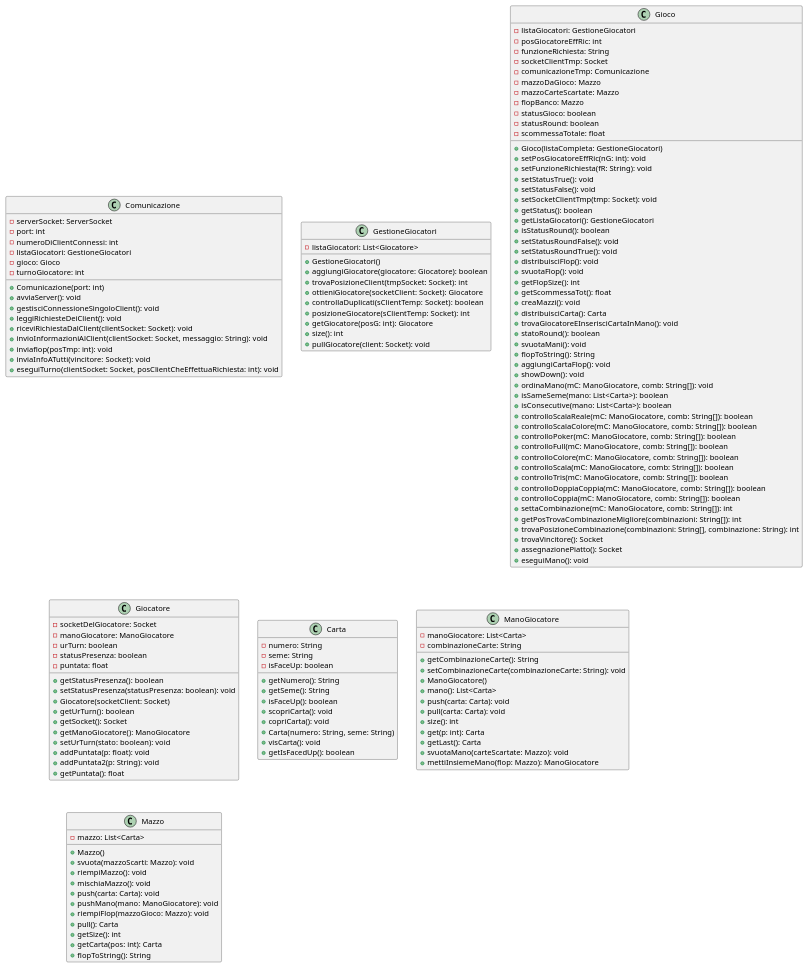
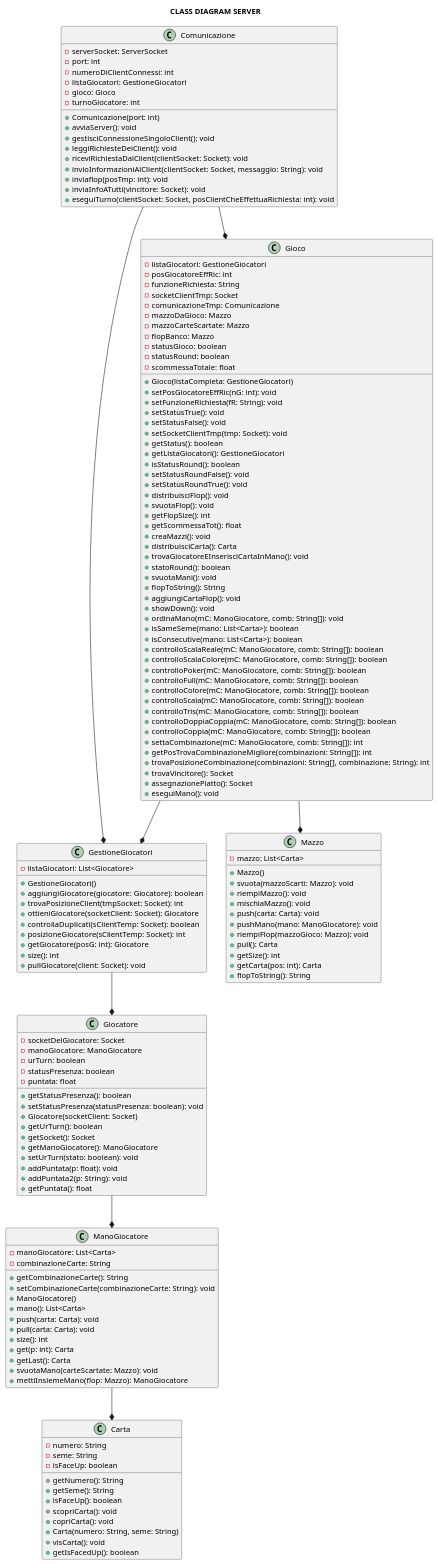
The diagram in server/docs/puml/CLASS_DIAGRAM.puml (LorenzoVacalebre/Progetto-Poker), drawn with PlantUML before and after one commit. The commit also changed 11 other files, not shown here.

```diff
--- a/server/docs/puml/CLASS_DIAGRAM.puml
+++ b/server/docs/puml/CLASS_DIAGRAM.puml
@@ -1,160 +1,169 @@
-@startuml
+@startuml CLASS_DIAGRAM_SERVER
+
+title CLASS DIAGRAM SERVER
 
 class Comunicazione {
-    - serverSocket: ServerSocket
-    - port: int
-    - numeroDiClientConnessi: int
-    - listaGiocatori: GestioneGiocatori
-    - gioco: Gioco
-    - turnoGiocatore: int
+  - serverSocket: ServerSocket
+  - port: int
+  - numeroDiClientConnessi: int
+  - listaGiocatori: GestioneGiocatori
+  - gioco: Gioco
+  - turnoGiocatore: int
 
-    + Comunicazione(port: int)
-    + avviaServer(): void
-    + gestisciConnessioneSingoloClient(): void
-    + leggiRichiesteDeiClient(): void
-    + riceviRichiestaDalClient(clientSocket: Socket): void
-    + invioInformazioniAlClient(clientSocket: Socket, messaggio: String): void
-    + inviaflop(posTmp: int): void
-    + inviaInfoATutti(vincitore: Socket): void
-    + eseguiTurno(clientSocket: Socket, posClientCheEffettuaRichiesta: int): void
+  + Comunicazione(port: int)
+  + avviaServer(): void
+  + gestisciConnessioneSingoloClient(): void
+  + leggiRichiesteDeiClient(): void
+  + riceviRichiestaDalClient(clientSocket: Socket): void
+  + invioInformazioniAlClient(clientSocket: Socket, messaggio: String): void
+  + inviaflop(posTmp: int): void
+  + inviaInfoATutti(vincitore: Socket): void
+  + eseguiTurno(clientSocket: Socket, posClientCheEffettuaRichiesta: int): void
 }
 
 class GestioneGiocatori {
-    - listaGiocatori: List<Giocatore>
+  - listaGiocatori: List<Giocatore>
 
-    + GestioneGiocatori()
-    + aggiungiGiocatore(giocatore: Giocatore): boolean
-    + trovaPosizioneClient(tmpSocket: Socket): int
-    + ottieniGiocatore(socketClient: Socket): Giocatore
-    + controllaDuplicati(sClientTemp: Socket): boolean
-    + posizioneGiocatore(sClientTemp: Socket): int
-    + getGiocatore(posG: int): Giocatore
-    + size(): int
-    + pullGiocatore(client: Socket): void
+  + GestioneGiocatori()
+  + aggiungiGiocatore(giocatore: Giocatore): boolean
+  + trovaPosizioneClient(tmpSocket: Socket): int
+  + ottieniGiocatore(socketClient: Socket): Giocatore
+  + controllaDuplicati(sClientTemp: Socket): boolean
+  + posizioneGiocatore(sClientTemp: Socket): int
+  + getGiocatore(posG: int): Giocatore
+  + size(): int
+  + pullGiocatore(client: Socket): void
 }
 
+class Gioco {
+  - listaGiocatori: GestioneGiocatori
+  - posGiocatoreEffRic: int
+  - funzioneRichiesta: String
+  - socketClientTmp: Socket
+  - comunicazioneTmp: Comunicazione
+  - mazzoDaGioco: Mazzo
+  - mazzoCarteScartate: Mazzo
+  - flopBanco: Mazzo
+  - statusGioco: boolean
+  - statusRound: boolean
+  - scommessaTotale: float
 
-class Gioco {
-    - listaGiocatori: GestioneGiocatori
-    - posGiocatoreEffRic: int
-    - funzioneRichiesta: String
-    - socketClientTmp: Socket
-    - comunicazioneTmp: Comunicazione
-    - mazzoDaGioco: Mazzo
-    - mazzoCarteScartate: Mazzo
-    - flopBanco: Mazzo
-    - statusGioco: boolean
-    - statusRound: boolean
-    - scommessaTotale: float
-
-    + Gioco(listaCompleta: GestioneGiocatori)
-    + setPosGiocatoreEffRic(nG: int): void
-    + setFunzioneRichiesta(fR: String): void
-    + setStatusTrue(): void
-    + setStatusFalse(): void
-    + setSocketClientTmp(tmp: Socket): void
-    + getStatus(): boolean
-    + getListaGiocatori(): GestioneGiocatori
-    + isStatusRound(): boolean
-    + setStatusRoundFalse(): void
-    + setStatusRoundTrue(): void
-    + distribuisciFlop(): void
-    + svuotaFlop(): void
-    + getFlopSize(): int
-    + getScommessaTot(): float
-    + creaMazzi(): void
-    + distribuisciCarta(): Carta
-    + trovaGiocatoreEInserisciCartaInMano(): void
-    + statoRound(): boolean
-    + svuotaMani(): void
-    + flopToString(): String
-    + aggiungiCartaFlop(): void
-    + showDown(): void
-    + ordinaMano(mC: ManoGiocatore, comb: String[]): void
-    + isSameSeme(mano: List<Carta>): boolean
-    + isConsecutive(mano: List<Carta>): boolean
-    + controlloScalaReale(mC: ManoGiocatore, comb: String[]): boolean
-    + controlloScalaColore(mC: ManoGiocatore, comb: String[]): boolean
-    + controlloPoker(mC: ManoGiocatore, comb: String[]): boolean
-    + controlloFull(mC: ManoGiocatore, comb: String[]): boolean
-    + controlloColore(mC: ManoGiocatore, comb: String[]): boolean
-    + controlloScala(mC: ManoGiocatore, comb: String[]): boolean
-    + controlloTris(mC: ManoGiocatore, comb: String[]): boolean
-    + controlloDoppiaCoppia(mC: ManoGiocatore, comb: String[]): boolean
-    + controlloCoppia(mC: ManoGiocatore, comb: String[]): boolean
-    + settaCombinazione(mC: ManoGiocatore, comb: String[]): int
-    + getPosTrovaCombinazioneMigliore(combinazioni: String[]): int
-    + trovaPosizioneCombinazione(combinazioni: String[], combinazione: String): int
-    + trovaVincitore(): Socket
-    + assegnazionePiatto(): Socket
-    + eseguiMano(): void
+  + Gioco(listaCompleta: GestioneGiocatori)
+  + setPosGiocatoreEffRic(nG: int): void
+  + setFunzioneRichiesta(fR: String): void
+  + setStatusTrue(): void
+  + setStatusFalse(): void
+  + setSocketClientTmp(tmp: Socket): void
+  + getStatus(): boolean
+  + getListaGiocatori(): GestioneGiocatori
+  + isStatusRound(): boolean
+  + setStatusRoundFalse(): void
+  + setStatusRoundTrue(): void
+  + distribuisciFlop(): void
+  + svuotaFlop(): void
+  + getFlopSize(): int
+  + getScommessaTot(): float
+  + creaMazzi(): void
+  + distribuisciCarta(): Carta
+  + trovaGiocatoreEInserisciCartaInMano(): void
+  + statoRound(): boolean
+  + svuotaMani(): void
+  + flopToString(): String
+  + aggiungiCartaFlop(): void
+  + showDown(): void
+  + ordinaMano(mC: ManoGiocatore, comb: String[]): void
+  + isSameSeme(mano: List<Carta>): boolean
+  + isConsecutive(mano: List<Carta>): boolean
+  + controlloScalaReale(mC: ManoGiocatore, comb: String[]): boolean
+  + controlloScalaColore(mC: ManoGiocatore, comb: String[]): boolean
+  + controlloPoker(mC: ManoGiocatore, comb: String[]): boolean
+  + controlloFull(mC: ManoGiocatore, comb: String[]): boolean
+  + controlloColore(mC: ManoGiocatore, comb: String[]): boolean
+  + controlloScala(mC: ManoGiocatore, comb: String[]): boolean
+  + controlloTris(mC: ManoGiocatore, comb: String[]): boolean
+  + controlloDoppiaCoppia(mC: ManoGiocatore, comb: String[]): boolean
+  + controlloCoppia(mC: ManoGiocatore, comb: String[]): boolean
+  + settaCombinazione(mC: ManoGiocatore, comb: String[]): int
+  + getPosTrovaCombinazioneMigliore(combinazioni: String[]): int
+  + trovaPosizioneCombinazione(combinazioni: String[], combinazione: String): int
+  + trovaVincitore(): Socket
+  + assegnazionePiatto(): Socket
+  + eseguiMano(): void
 }
 
 class Giocatore {
-    - socketDelGiocatore: Socket
-    - manoGiocatore: ManoGiocatore
-    - urTurn: boolean
-    - statusPresenza: boolean
-    - puntata: float
+  - socketDelGiocatore: Socket
+  - manoGiocatore: ManoGiocatore
+  - urTurn: boolean
+  - statusPresenza: boolean
+  - puntata: float
 
-    + getStatusPresenza(): boolean
-    + setStatusPresenza(statusPresenza: boolean): void
-    + Giocatore(socketClient: Socket)
-    + getUrTurn(): boolean
-    + getSocket(): Socket
-    + getManoGiocatore(): ManoGiocatore
-    + setUrTurn(stato: boolean): void
-    + addPuntata(p: float): void
-    + addPuntata2(p: String): void
-    + getPuntata(): float
+  + getStatusPresenza(): boolean
+  + setStatusPresenza(statusPresenza: boolean): void
+  + Giocatore(socketClient: Socket)
+  + getUrTurn(): boolean
+  + getSocket(): Socket
+  + getManoGiocatore(): ManoGiocatore
+  + setUrTurn(stato: boolean): void
+  + addPuntata(p: float): void
+  + addPuntata2(p: String): void
+  + getPuntata(): float
 }
 
 class Carta {
-    - numero: String
-    - seme: String
-    - isFaceUp: boolean
+  - numero: String
+  - seme: String
+  - isFaceUp: boolean
 
-    + getNumero(): String
-    + getSeme(): String
-    + isFaceUp(): boolean
-    + scopriCarta(): void
-    + copriCarta(): void
-    + Carta(numero: String, seme: String)
-    + visCarta(): void
-    + getIsFacedUp(): boolean
+  + getNumero(): String
+  + getSeme(): String
+  + isFaceUp(): boolean
+  + scopriCarta(): void
+  + copriCarta(): void
+  + Carta(numero: String, seme: String)
+  + visCarta(): void
+  + getIsFacedUp(): boolean
 }
 
 class ManoGiocatore {
-    - manoGiocatore: List<Carta>
-    - combinazioneCarte: String
+  - manoGiocatore: List<Carta>
+  - combinazioneCarte: String
 
-    + getCombinazioneCarte(): String
-    + setCombinazioneCarte(combinazioneCarte: String): void
-    + ManoGiocatore()
-    + mano(): List<Carta>
-    + push(carta: Carta): void
-    + pull(carta: Carta): void
-    + size(): int
-    + get(p: int): Carta
-    + getLast(): Carta
-    + svuotaMano(carteScartate: Mazzo): void
-    + mettiInsiemeMano(flop: Mazzo): ManoGiocatore
+  + getCombinazioneCarte(): String
+  + setCombinazioneCarte(combinazioneCarte: String): void
+  + ManoGiocatore()
+  + mano(): List<Carta>
+  + push(carta: Carta): void
+  + pull(carta: Carta): void
+  + size(): int
+  + get(p: int): Carta
+  + getLast(): Carta
+  + svuotaMano(carteScartate: Mazzo): void
+  + mettiInsiemeMano(flop: Mazzo): ManoGiocatore
 }
 
 class Mazzo {
-    - mazzo: List<Carta>
+  - mazzo: List<Carta>
 
-    + Mazzo()
-    + svuota(mazzoScarti: Mazzo): void
-    + riempiMazzo(): void
-    + mischiaMazzo(): void
-    + push(carta: Carta): void
-    + pushMano(mano: ManoGiocatore): void
-    + riempiFlop(mazzoGioco: Mazzo): void
-    + pull(): Carta
-    + getSize(): int
-    + getCarta(pos: int): Carta
-    + flopToString(): String
+  + Mazzo()
+  + svuota(mazzoScarti: Mazzo): void
+  + riempiMazzo(): void
+  + mischiaMazzo(): void
+  + push(carta: Carta): void
+  + pushMano(mano: ManoGiocatore): void
+  + riempiFlop(mazzoGioco: Mazzo): void
+  + pull(): Carta
+  + getSize(): int
+  + getCarta(pos: int): Carta
+  + flopToString(): String
 }
 
+Comunicazione --* GestioneGiocatori
+Comunicazione --* Gioco
+GestioneGiocatori --* Giocatore
+Gioco --* GestioneGiocatori
+Giocatore --* ManoGiocatore
+ManoGiocatore --* Carta
+Gioco --* Mazzo
+
 @enduml
```
